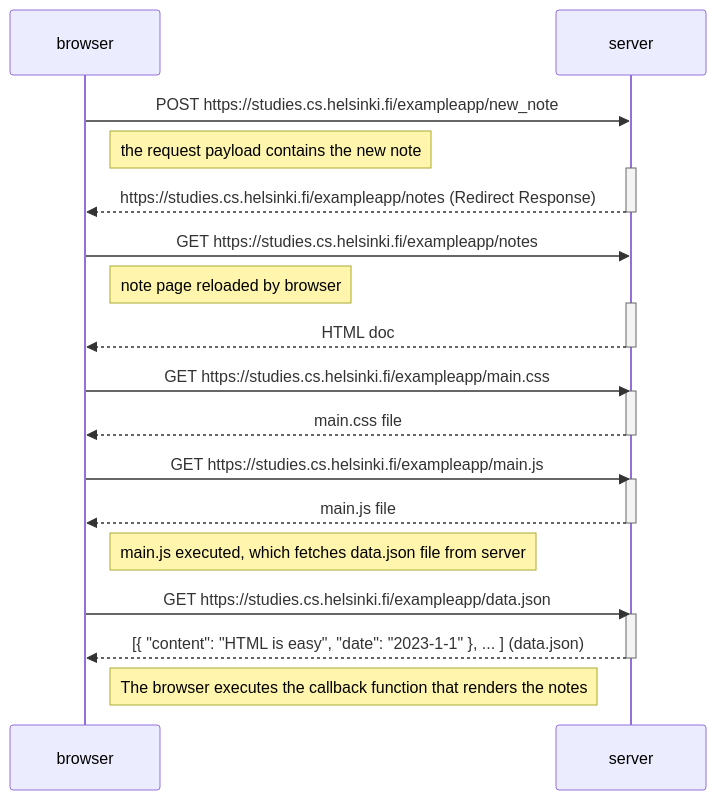
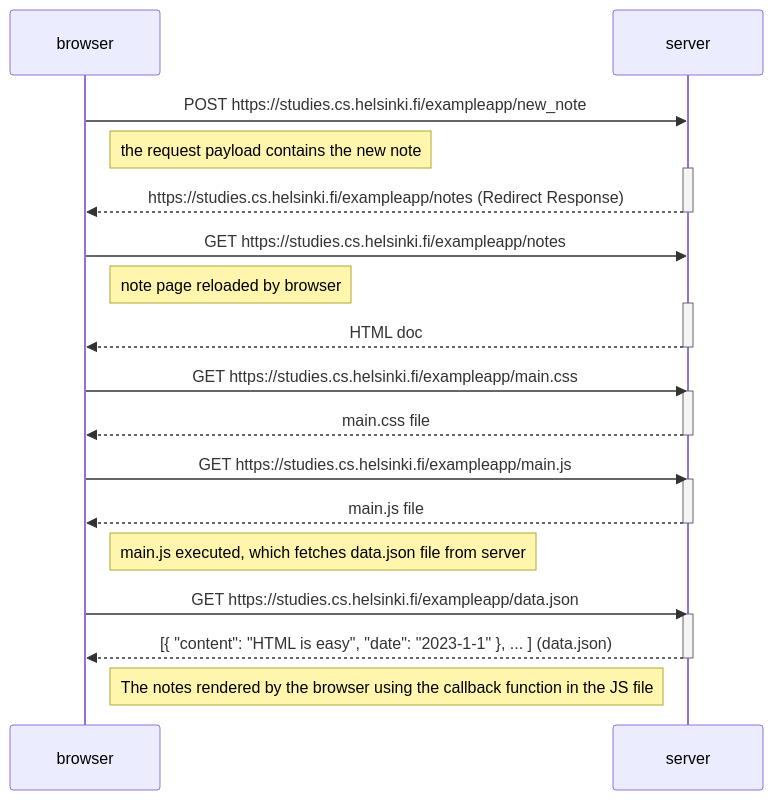
One commit to aleenaahmad1/FullStackWebDev changed the diagram in part0/0.4/newnote.md. Above: the diagram before and after it, drawn with Mermaid. The commit also changed 1 other file, not shown here.

Commit message:
task 0.4 and 0.5 updated

````diff
--- a/part0/0.4/newnote.md
+++ b/part0/0.4/newnote.md
@@ -1,36 +1,36 @@
 ```mermaid
     sequenceDiagram
     participant browser
     participant server
 
     browser->>server: POST https://studies.cs.helsinki.fi/exampleapp/new_note
     Note right of browser: the request payload contains the new note
     activate server
     server-->>browser: https://studies.cs.helsinki.fi/exampleapp/notes (Redirect Response)
     deactivate server
     
     browser->>server: GET https://studies.cs.helsinki.fi/exampleapp/notes
     Note right of browser: note page reloaded by browser
     activate server
     server-->>browser: HTML doc
     deactivate server
     
     browser->>server: GET https://studies.cs.helsinki.fi/exampleapp/main.css
     activate server
     server-->>browser: main.css file
     deactivate server
     
     browser->>server: GET https://studies.cs.helsinki.fi/exampleapp/main.js
     activate server
     server-->>browser: main.js file
     deactivate server
     
     Note right of browser: main.js executed, which fetches data.json file from server
     
     browser->>server: GET https://studies.cs.helsinki.fi/exampleapp/data.json
     activate server
     server-->>browser: [{ "content": "HTML is easy", "date": "2023-1-1" }, ... ] (data.json)
     deactivate server    
 
-    Note right of browser: The browser executes the callback function that renders the notes 
+    Note right of browser: The notes rendered by the browser using the callback function in the JS file
 ```
````
